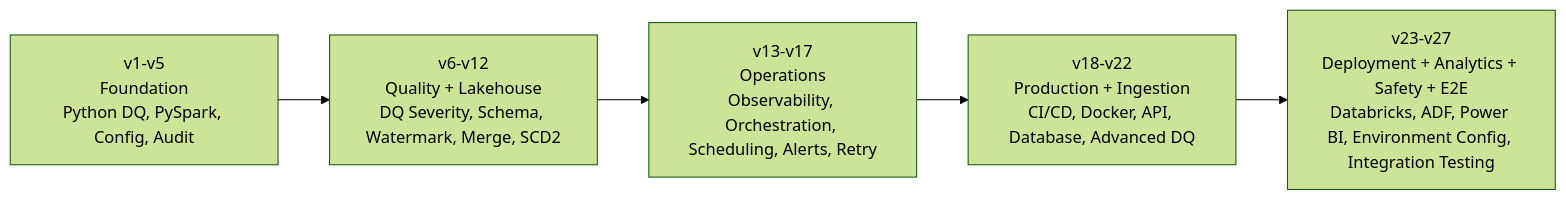
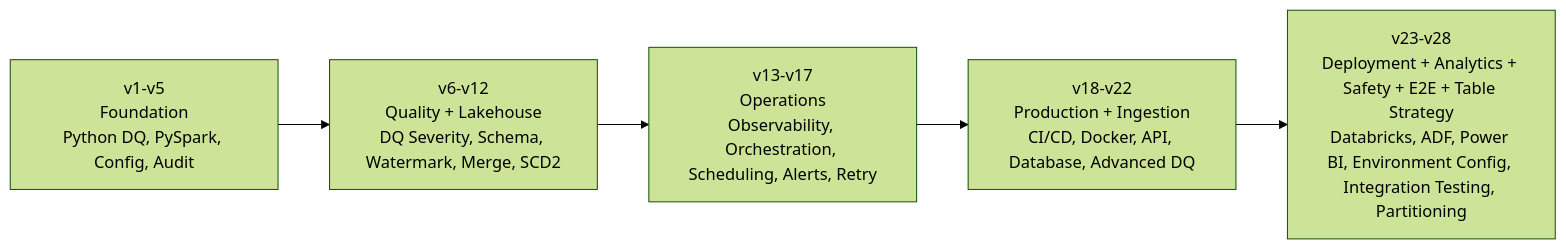
The second of 2 diagrams in README.md (Rohith-S-98/data-engineering-project), drawn with Mermaid (forest theme) before and after one commit. The commit also changed other lines of this file, not shown here.

Commit message:
update readme for v28 partition strategy

````diff
--- a/README.md
+++ b/README.md
@@ -63,7 +64,7 @@
 ```mermaid
 flowchart LR
     A[v1-v5<br/>Foundation<br/>Python DQ, PySpark, Config, Audit] --> B[v6-v12<br/>Quality + Lakehouse<br/>DQ Severity, Schema, Watermark, Merge, SCD2]
     B --> C[v13-v17<br/>Operations<br/>Observability, Orchestration, Scheduling, Alerts, Retry]
     C --> D[v18-v22<br/>Production + Ingestion<br/>CI/CD, Docker, API, Database, Advanced DQ]
-    D --> E[v23-v27<br/>Deployment + Analytics + Safety + E2E<br/>Databricks, ADF, Power BI, Environment Config, Integration Testing]
+    D --> E[v23-v28<br/>Deployment + Analytics + Safety + E2E + Table Strategy<br/>Databricks, ADF, Power BI, Environment Config, Integration Testing, Partitioning]
 ```
````
